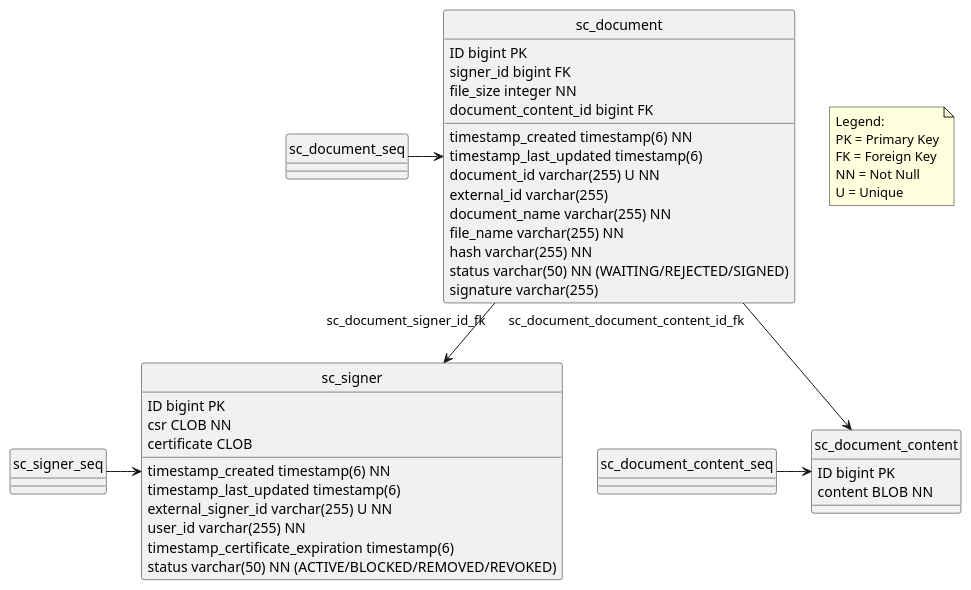
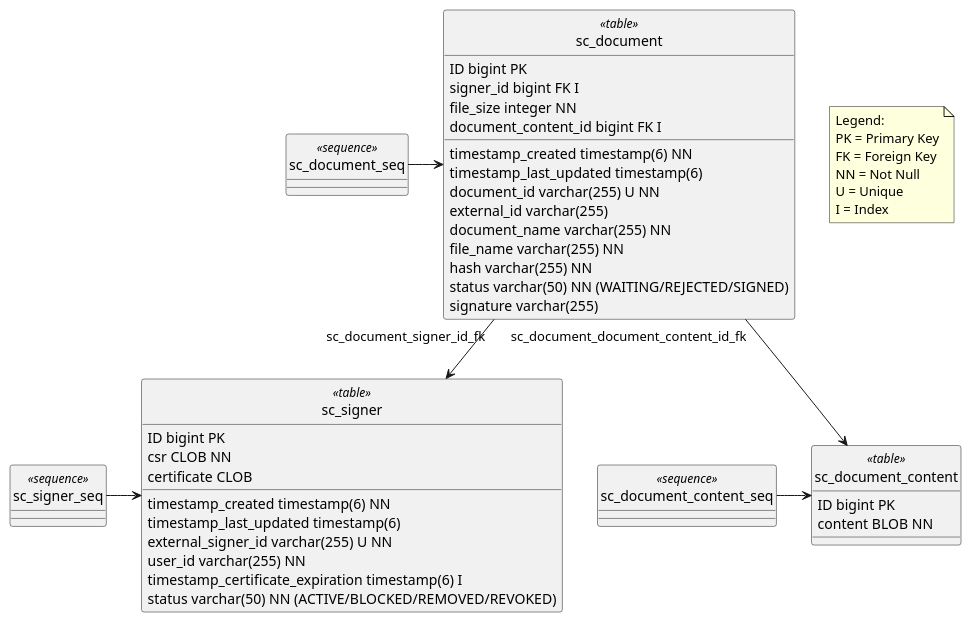
One commit to wultra/signer-cloud changed the diagram in docs-private/signer_cloud_server_database_schema.puml. Above: the diagram before and after it, drawn with PlantUML. The commit also changed 2 other files, not shown here.

Commit message:
Add index for foreign key columns

```diff
--- a/docs-private/signer_cloud_server_database_schema.puml
+++ b/docs-private/signer_cloud_server_database_schema.puml
@@ -1,53 +1,57 @@
 @startuml
-hide stereotypes
 hide circle
 
-class sc_signer {
+class sc_signer <<table>>{
     ID bigint PK
     timestamp_created timestamp(6) NN
     timestamp_last_updated timestamp(6)
     external_signer_id varchar(255) U NN
     user_id varchar(255) NN
     csr CLOB NN
     certificate CLOB
-    timestamp_certificate_expiration timestamp(6)
+    timestamp_certificate_expiration timestamp(6) I
     status varchar(50) NN (ACTIVE/BLOCKED/REMOVED/REVOKED)
 }
 
-class sc_document {
+class sc_document <<table>> {
     ID bigint PK
     timestamp_created timestamp(6) NN
     timestamp_last_updated timestamp(6)
     document_id varchar(255) U NN
-    signer_id bigint FK
+    signer_id bigint FK I
     external_id varchar(255)
     document_name varchar(255) NN
     file_name varchar(255) NN
     file_size integer NN
-    document_content_id bigint FK
+    document_content_id bigint FK I
     hash varchar(255) NN
     status varchar(50) NN (WAITING/REJECTED/SIGNED)
     signature varchar(255)
 }
 
-class sc_document_content {
+class sc_document_content <<table>>{
     ID bigint PK
     content BLOB NN
 }
 
-sc_document "sc_document_signer_id_fk" --> sc_signer
-sc_document "sc_document_document_content_id_fk" --> sc_document_content
+class sc_signer_seq <<sequence>>
+class sc_document_seq <<sequence>>
+class sc_document_content_seq <<sequence>>
 
 sc_signer_seq -> sc_signer
 sc_document_seq -> sc_document
 sc_document_content_seq -> sc_document_content
+
+sc_document "sc_document_signer_id_fk" --> sc_signer
+sc_document "sc_document_document_content_id_fk" --> sc_document_content
 
 note as note1
 Legend:
 PK = Primary Key
 FK = Foreign Key
 NN = Not Null
 U = Unique
+I = Index
 end note
 
 @enduml
```
